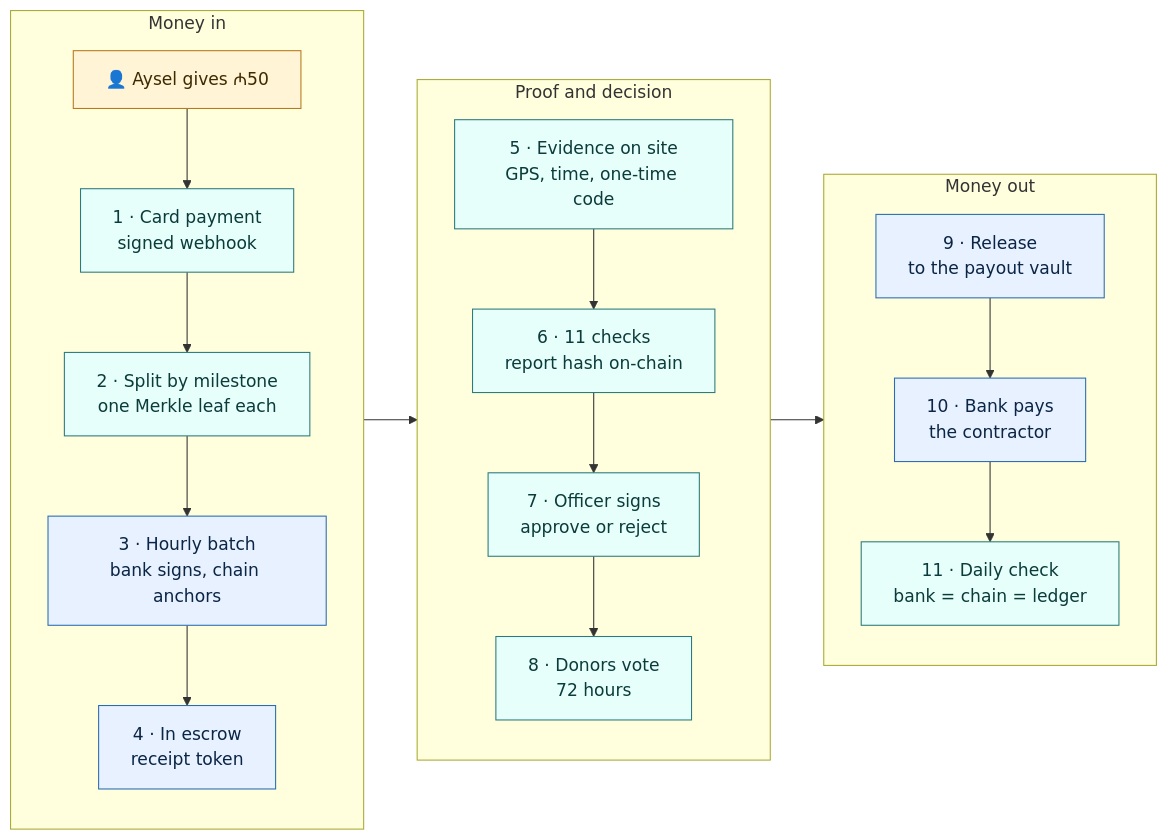
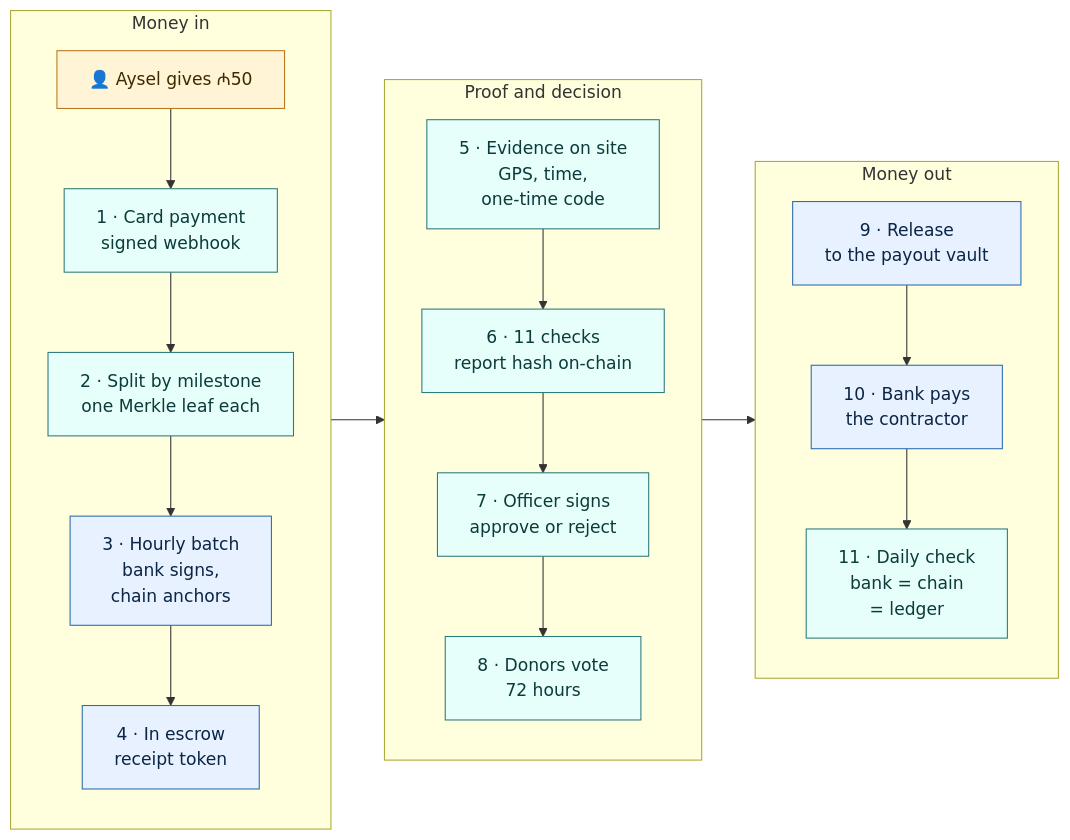
The diagram in docs/diagrams/gift-flow.md (eminroot/veritas), drawn with Mermaid before and after one commit. The commit also changed 60 other files, not shown here.

First line of the commit message:
Laptop screenshots in the readme, and diagrams readable at full size

````diff
--- a/docs/diagrams/gift-flow.md
+++ b/docs/diagrams/gift-flow.md
@@ -5,26 +5,26 @@
 ```mermaid
 flowchart LR
     classDef person fill:#FFF4D6,stroke:#B7791F,color:#3D2A00
     classDef step fill:#E6FFFA,stroke:#2C7A7B,color:#0B3B3B
     classDef money fill:#E8F1FF,stroke:#2B6CB0,color:#0B2545
 
     subgraph IN["Money in"]
         direction TB
         A["👤 Aysel gives ₼50"]:::person --> B["1 · Card payment<br/>signed webhook"]:::step
         B --> C["2 · Split by milestone<br/>one Merkle leaf each"]:::step
-        C --> D["3 · Hourly batch<br/>bank signs, chain anchors"]:::money
+        C --> D["3 · Hourly batch<br/>bank signs,<br/>chain anchors"]:::money
         D --> E["4 · In escrow<br/>receipt token"]:::money
     end
     subgraph PROOF["Proof and decision"]
         direction TB
-        F["5 · Evidence on site<br/>GPS, time, one-time code"]:::step --> G["6 · 11 checks<br/>report hash on-chain"]:::step
+        F["5 · Evidence on site<br/>GPS, time,<br/>one-time code"]:::step --> G["6 · 11 checks<br/>report hash on-chain"]:::step
         G --> H["7 · Officer signs<br/>approve or reject"]:::step
         H --> I["8 · Donors vote<br/>72 hours"]:::step
     end
     subgraph OUT["Money out"]
         direction TB
         J["9 · Release<br/>to the payout vault"]:::money --> K["10 · Bank pays<br/>the contractor"]:::money
-        K --> L["11 · Daily check<br/>bank = chain = ledger"]:::step
+        K --> L["11 · Daily check<br/>bank = chain<br/>= ledger"]:::step
     end
     IN --> PROOF --> OUT
 ```
````
